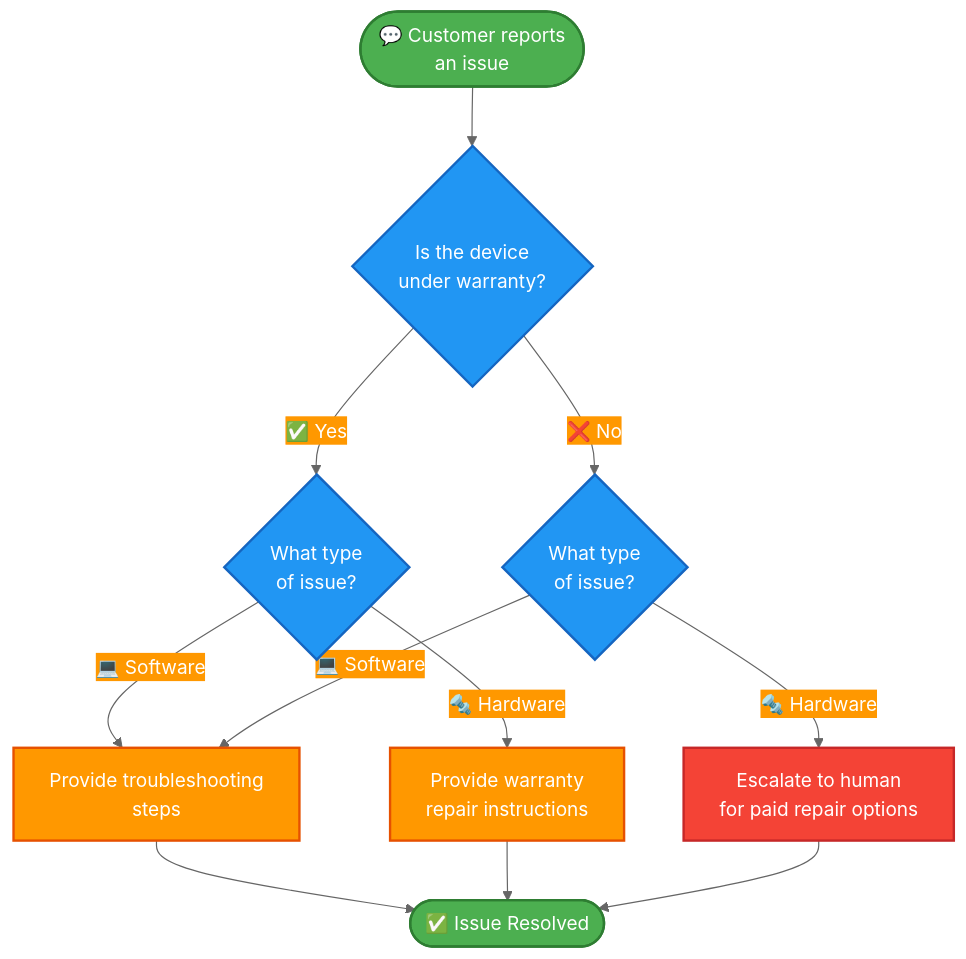
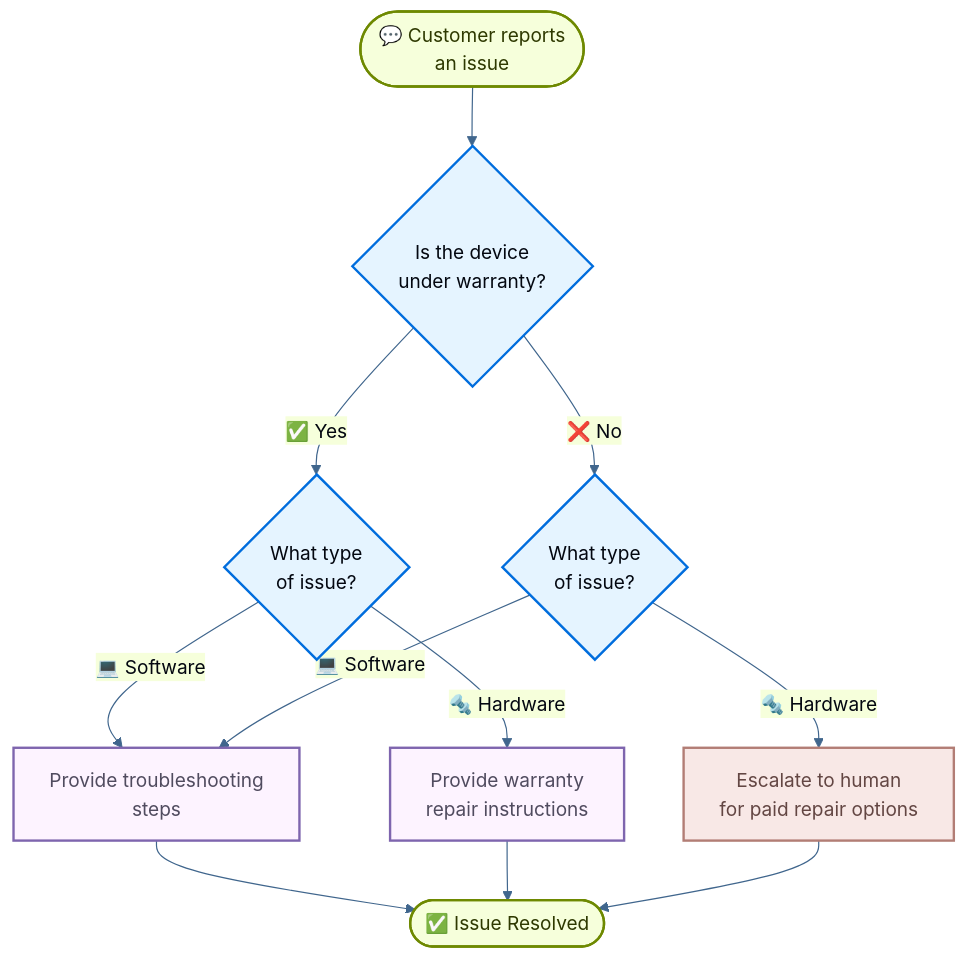
The diagram in vault/packages/langchain/latest/contents/langchain/multi-agent/handoffs-customer-support.mdx (olorehq/olore), drawn with Mermaid before and after one commit. The commit also changed other lines of this file and 14210 other files, not shown here.

````diff
--- a/vault/packages/langchain/latest/contents/langchain/multi-agent/handoffs-customer-support.mdx
+++ b/vault/packages/langchain/latest/contents/langchain/multi-agent/handoffs-customer-support.mdx
@@ -22,34 +22,34 @@
 ```mermaid
-%%{init: {'theme':'base', 'themeVariables': {'primaryColor':'#4CAF50','primaryTextColor':'#fff','primaryBorderColor':'#2E7D32','lineColor':'#666','secondaryColor':'#FF9800','tertiaryColor':'#2196F3'}}}%%
+%%{init: {'theme':'base', 'themeVariables': {'primaryColor':'#E5F4FF','primaryTextColor':'#030710','primaryBorderColor':'#006DDD','lineColor':'#40668D','secondaryColor':'#F6FFDB','tertiaryColor':'#FDF3FF'}}}%%
 flowchart TD
     %% Start
     Start([💬 Customer reports<br>an issue]) --> Warranty{Is the device<br>under warranty?}
 
     %% Warranty check
     Warranty -->|✅ Yes| IssueType{What type<br>of issue?}
     Warranty -->|❌ No| OutOfWarranty{What type<br>of issue?}
 
     %% In-Warranty branch
     IssueType -->|🔩 Hardware| Repair[Provide warranty<br>repair instructions]
     IssueType -->|💻 Software| Troubleshoot[Provide troubleshooting<br>steps]
 
     %% Out-of-Warranty branch
     OutOfWarranty -->|🔩 Hardware| Escalate[Escalate to human<br>for paid repair options]
     OutOfWarranty -->|💻 Software| Troubleshoot
 
     %% Troubleshooting follow-up
     Troubleshoot --> Close([✅ Issue Resolved])
     Repair --> Close
     Escalate --> Close
 
     %% === Styling ===
-    classDef startEnd fill:#4CAF50,stroke:#2E7D32,stroke-width:2px,color:#fff
-    classDef decisionNode fill:#2196F3,stroke:#1565C0,stroke-width:2px,color:#fff
-    classDef actionNode fill:#FF9800,stroke:#E65100,stroke-width:2px,color:#fff
-    classDef escalateNode fill:#f44336,stroke:#c62828,stroke-width:2px,color:#fff
+    classDef startEnd fill:#F6FFDB,stroke:#6E8900,stroke-width:2px,color:#2E3900
+    classDef decisionNode fill:#E5F4FF,stroke:#006DDD,stroke-width:2px,color:#030710
+    classDef actionNode fill:#FDF3FF,stroke:#7E65AE,stroke-width:2px,color:#504B5F
+    classDef escalateNode fill:#F8E8E6,stroke:#B27D75,stroke-width:2px,color:#634643
 
     class Start,Close startEnd
     class Warranty,IssueType,OutOfWarranty decisionNode
     class Repair,Troubleshoot actionNode
     class Escalate escalateNode
 ```
````
